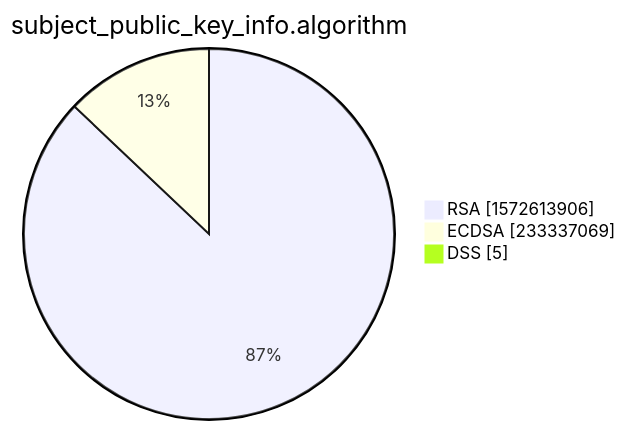
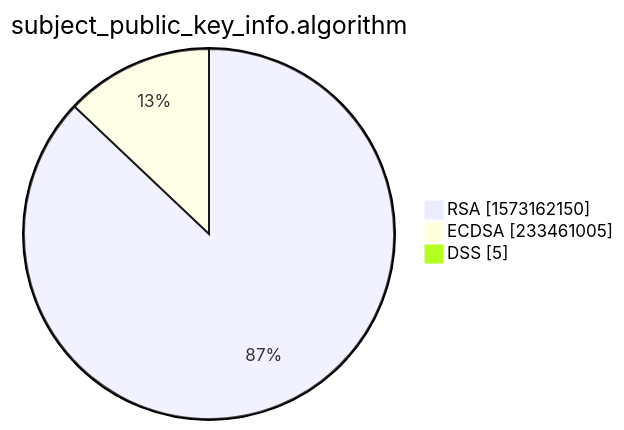
The third of 15 diagrams in xenon2022/README.md (christiankrug/ctmonitor_visualization), drawn with Mermaid before and after one commit. The commit also changed other lines of this file, not shown here.

````diff
--- a/xenon2022/README.md
+++ b/xenon2022/README.md
@@ -14,7 +14,7 @@
 ```mermaid
 pie showData
 title subject_public_key_info.algorithm
-"RSA" :1572613906
-"ECDSA" :233337069
+"RSA" :1573162150
+"ECDSA" :233461005
 "DSS" :5
 ```
````
